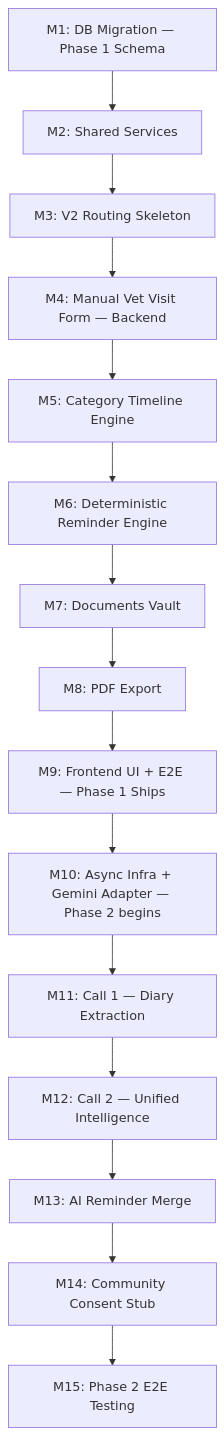
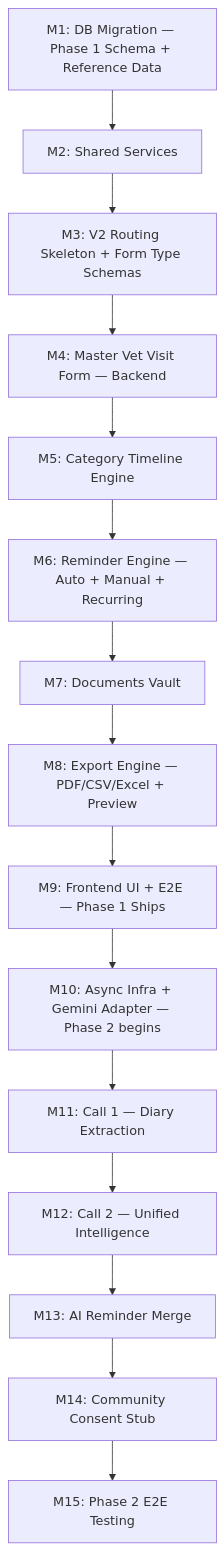
Before and after one commit to JannathBarveenR/blogreact: the diagram in docs/appdocs/ai_timeline.docs/build_ai_timeline.md, drawn with Mermaid. The commit also changed other lines of this file and 2 other files, not shown here.

````diff
--- a/docs/appdocs/ai_timeline.docs/build_ai_timeline.md
+++ b/docs/appdocs/ai_timeline.docs/build_ai_timeline.md
@@ -30,17 +31,17 @@
 ```mermaid
 graph TD
-    M1[M1: DB Migration — Phase 1 Schema] --> M2[M2: Shared Services]
-    M2 --> M3[M3: V2 Routing Skeleton]
-    M3 --> M4[M4: Manual Vet Visit Form — Backend]
+    M1[M1: DB Migration — Phase 1 Schema + Reference Data] --> M2[M2: Shared Services]
+    M2 --> M3[M3: V2 Routing Skeleton + Form Type Schemas]
+    M3 --> M4[M4: Master Vet Visit Form — Backend]
     M4 --> M5[M5: Category Timeline Engine]
-    M5 --> M6[M6: Deterministic Reminder Engine]
+    M5 --> M6[M6: Reminder Engine — Auto + Manual + Recurring]
     M6 --> M7[M7: Documents Vault]
-    M7 --> M8[M8: PDF Export]
+    M7 --> M8[M8: Export Engine — PDF/CSV/Excel + Preview]
     M8 --> M9[M9: Frontend UI + E2E — Phase 1 Ships]
     M9 --> M10[M10: Async Infra + Gemini Adapter — Phase 2 begins]
     M10 --> M11[M11: Call 1 — Diary Extraction]
     M11 --> M12[M12: Call 2 — Unified Intelligence]
     M12 --> M13[M13: AI Reminder Merge]
     M13 --> M14[M14: Community Consent Stub]
     M14 --> M15[M15: Phase 2 E2E Testing]
 ```
````
